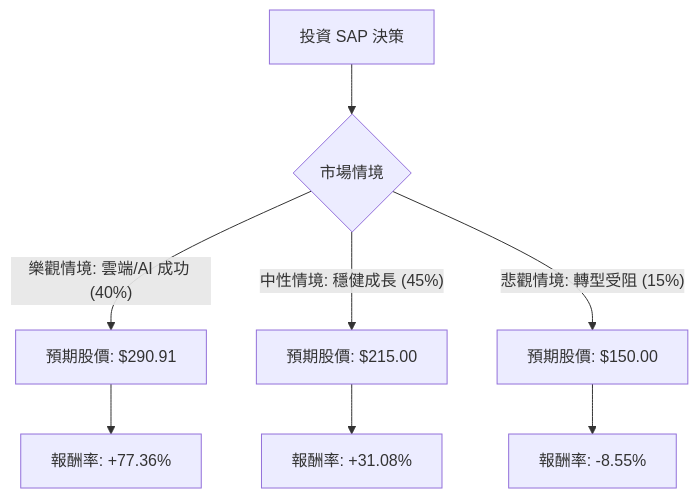
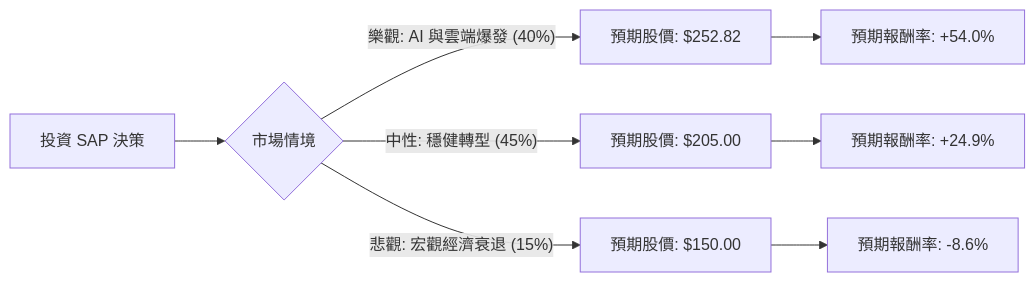
Before and after one commit to zmcx16/zmcx16.github.io: the diagram in plugin-react/ai-analysis/ev-analysis/SAP.md, drawn with Mermaid. The commit also changed other lines of this file and 81 other files, not shown here.

````diff
--- a/plugin-react/ai-analysis/ev-analysis/SAP.md
+++ b/plugin-react/ai-analysis/ev-analysis/SAP.md
@@ -17,12 +17,12 @@
 ```mermaid
-graph TD
+graph LR
     A[投資 SAP 決策] --> B{市場情境}
     
-    B -- 樂觀情境: 雲端/AI 成功 (40%) --> C[預期股價: $290.91]
-    B -- 中性情境: 穩健成長 (45%) --> D[預期股價: $215.00]
-    B -- 悲觀情境: 轉型受阻 (15%) --> E[預期股價: $150.00]
+    B -- 樂觀: AI 與雲端爆發 (40%) --> C[預期股價: $252.82]
+    B -- 中性: 穩健轉型 (45%) --> D[預期股價: $205.00]
+    B -- 悲觀: 宏觀經濟衰退 (15%) --> E[預期股價: $150.00]
 
-    C --> F[報酬率: +77.36%]
-    D --> G[報酬率: +31.08%]
-    E --> H[報酬率: -8.55%]
+    C --> F[預期報酬率: +54.0%]
+    D --> G[預期報酬率: +24.9%]
+    E --> H[預期報酬率: -8.6%]
 ```
````
